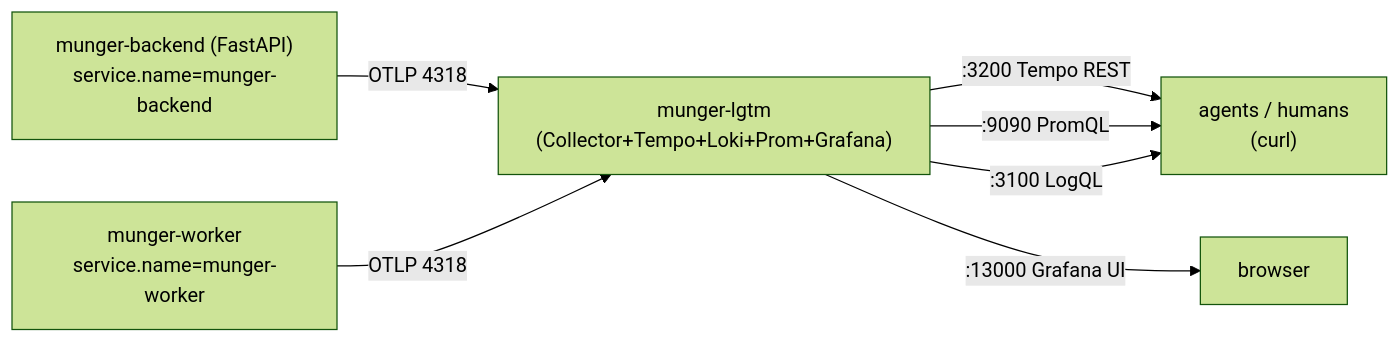
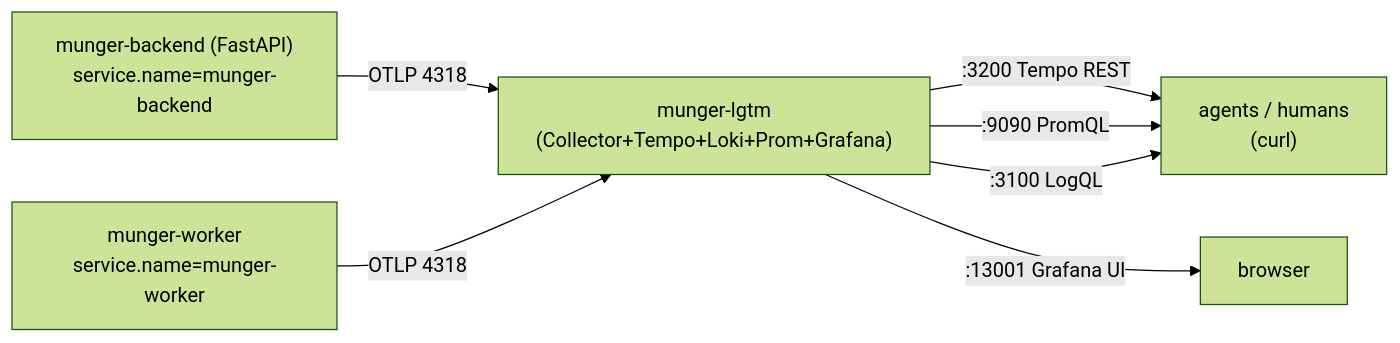
The diagram in docs/superpowers/specs/2026-06-12-otel-stack-design.md (dionysusliu/Munger), drawn with Mermaid (forest theme) before and after one commit. The commit also changed other lines of this file and 2 other files, not shown here.

Commit message:
fix(obs): Grafana host port 13000->13001 (13000 is the dockerized frontend)

````diff
--- a/docs/superpowers/specs/2026-06-12-otel-stack-design.md
+++ b/docs/superpowers/specs/2026-06-12-otel-stack-design.md
@@ -14,9 +14,9 @@
 ```mermaid
 flowchart LR
     BE["munger-backend (FastAPI)\nservice.name=munger-backend"] -- OTLP 4318 --> L["munger-lgtm\n(Collector+Tempo+Loki+Prom+Grafana)"]
     WK["munger-worker\nservice.name=munger-worker"] -- OTLP 4318 --> L
     L -- ":3200 Tempo REST" --> A["agents / humans\n(curl)"]
     L -- ":9090 PromQL" --> A
     L -- ":3100 LogQL" --> A
-    L -- ":13000 Grafana UI" --> H["browser"]
+    L -- ":13001 Grafana UI" --> H["browser"]
 ```
````
